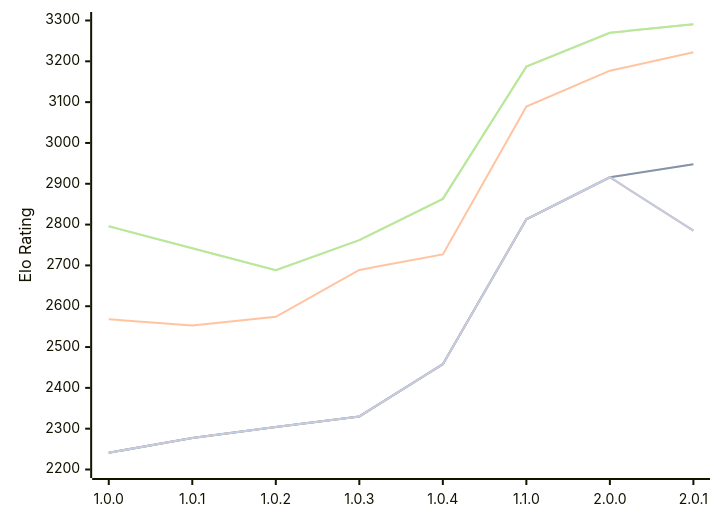
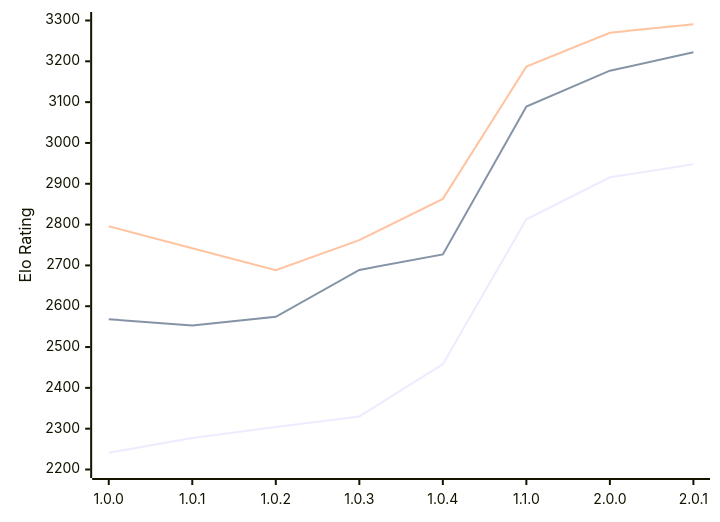
Before and after one commit to computer-chess-index/cci: the diagram in engines/Grail.md, drawn with Mermaid. The commit also changed other lines of this file, not shown here.

````diff
--- a/engines/Grail.md
+++ b/engines/Grail.md
@@ -54,13 +54,9 @@
 ```mermaid
 %%{init: {"theme":"base","themeVariables":{"seriesColors:['#a3a3a3','#222221','#faa371']}}}%%
 xychart-beta
   x-axis ["1.0.0", "1.0.1", "1.0.2", "1.0.3", "1.0.4", "1.1.0", "2.0.0", "2.0.1"]
   y-axis "Elo Rating" 2200 --> 3300
-  line "" [2241, 2277, 2304, 2330, 2458, 2813, 2916, 2948]
   line "T1: STC (8.0+0.08s)" [2241, 2277, 2304, 2330, 2458, 2813, 2916, 2948]
   line "T1: LTC (60.0+0.60s)" [2568, 2553, 2574, 2689, 2727, 3089, 3177, 3222]
-  line "" [2796, 2742, 2688, 2762, 2863, 3187, 3270, 3291]
   line "T1: VLTC (2m24s+1.12s)" [2796, 2742, 2688, 2762, 2863, 3187, 3270, 3291]
-  line "" [2241, 2277, 2304, 2330, 2458, 2813, 2916,2785]
-  line "E1: STC (8.0+0.08s)" [2241, 2277, 2304, 2330, 2458, 2813, 2916,2785]
 ```
````
